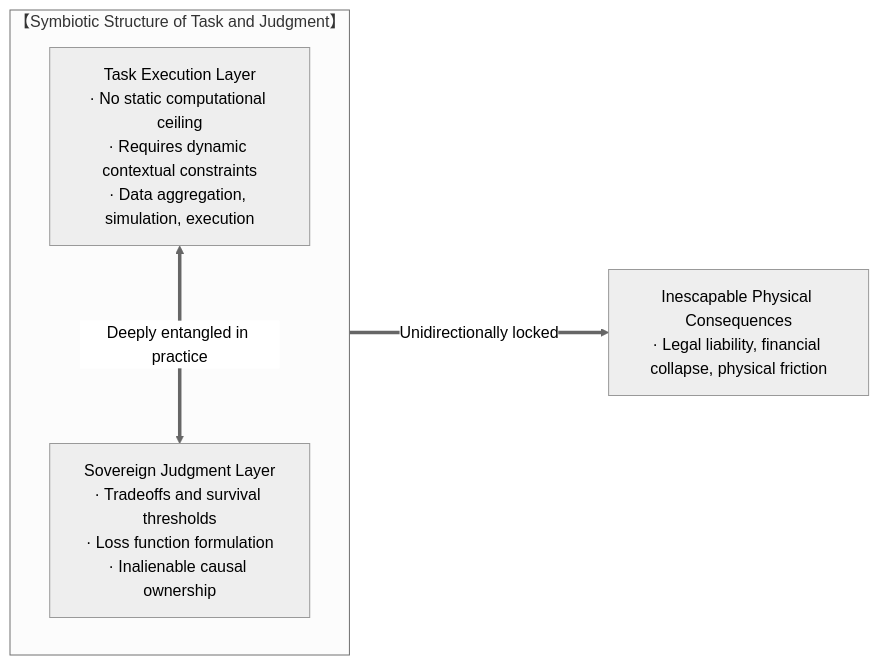
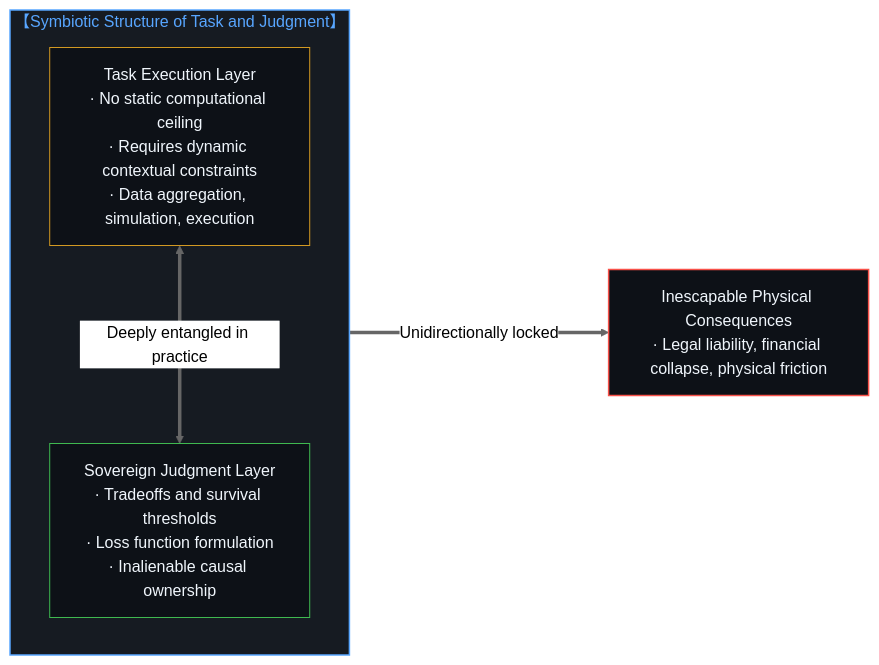
The fourth of 12 diagrams in content/posts/the-delegation-of-the-task-and-the-inalienability-of-consequences.md (powerpig99/not-a-toe), drawn with Mermaid (neutral theme) before and after one commit. The commit also changed other lines of this file and 4 other files, not shown here.

Commit message:
Align Post 328 diagrams with historical dark theme, purge physical will inversion, and archive specifications

````diff
--- a/content/posts/the-delegation-of-the-task-and-the-inalienability-of-consequences.md
+++ b/content/posts/the-delegation-of-the-task-and-the-inalienability-of-consequences.md
@@ -84,10 +107,15 @@
 ```mermaid
 graph LR
     subgraph Delegation_Reality_EN["【Symbiotic Structure of Task and Judgment】"]
         direction TB
         T_EN["Task Execution Layer<br/>· No static computational ceiling<br/>· Requires dynamic contextual constraints<br/>· Data aggregation, simulation, execution"]
         J_EN["Sovereign Judgment Layer<br/>· Tradeoffs and survival thresholds<br/>· Loss function formulation<br/>· Inalienable causal ownership"]
         T_EN <===>|"Deeply entangled in practice"| J_EN
     end
     J_EN ===>|"Unidirectionally locked"| R_EN["Inescapable Physical Consequences<br/>· Legal liability, financial collapse, physical friction"]
+
+    style Delegation_Reality_EN fill:#161b22,stroke:#58a6ff,stroke-width:1.5px,color:#58a6ff
+    style T_EN fill:#0d1117,stroke:#d29922,stroke-width:1px,color:#f0f6fc
+    style J_EN fill:#0d1117,stroke:#3fb950,stroke-width:1px,color:#f0f6fc
+    style R_EN fill:#0d1117,stroke:#f85149,stroke-width:1.5px,color:#f0f6fc
 ```
````
